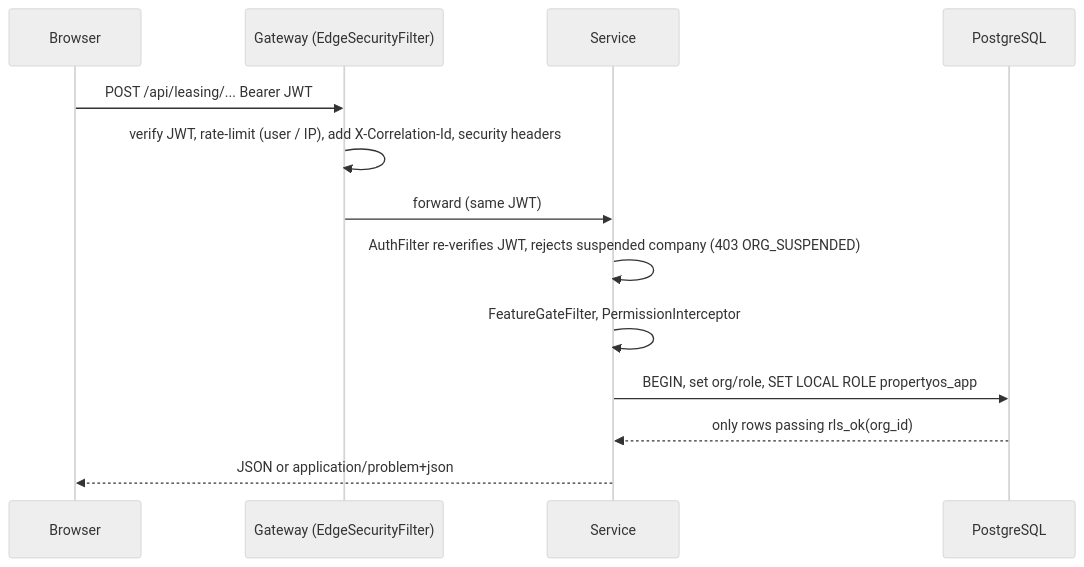
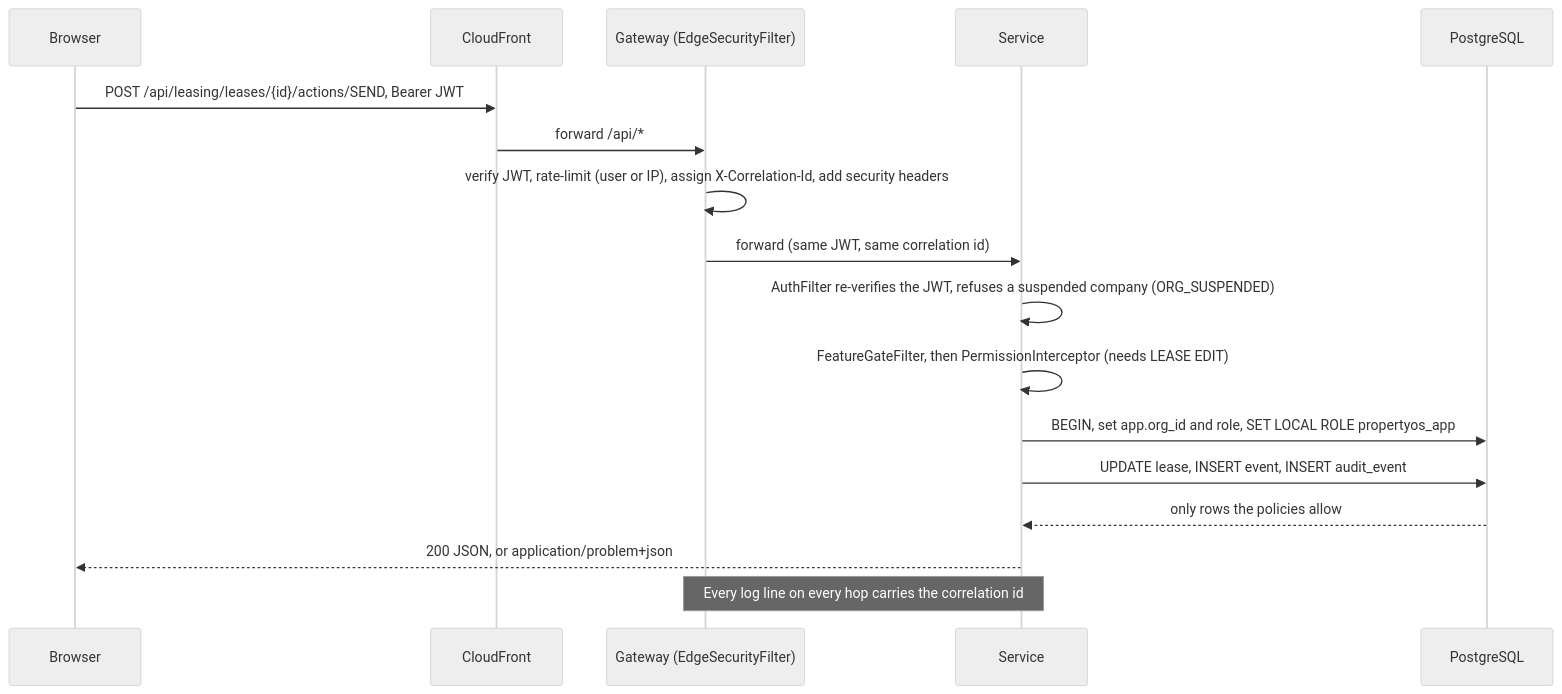
Before and after one commit to lucky1ravi/property: the second of 19 diagrams in docs/architecture/LLD.md, drawn with Mermaid (neutral theme). The commit also changed other lines of this file and 47 other files, not shown here.

````diff
--- a/docs/architecture/LLD.md
+++ b/docs/architecture/LLD.md
@@ -20,15 +28,19 @@
 ```mermaid
 sequenceDiagram
   participant B as Browser
+  participant CF as CloudFront
   participant G as Gateway (EdgeSecurityFilter)
   participant S as Service
   participant D as PostgreSQL
-  B->>G: POST /api/leasing/... Bearer JWT
-  G->>G: verify JWT, rate-limit (user / IP), add X-Correlation-Id, security headers
-  G->>S: forward (same JWT)
-  S->>S: AuthFilter re-verifies JWT, rejects suspended company (403 ORG_SUSPENDED)
-  S->>S: FeatureGateFilter, PermissionInterceptor
-  S->>D: BEGIN, set org/role, SET LOCAL ROLE propertyos_app
-  D-->>S: only rows passing rls_ok(org_id)
-  S-->>B: JSON or application/problem+json
+  B->>CF: POST /api/leasing/leases/{id}/actions/SEND, Bearer JWT
+  CF->>G: forward /api/*
+  G->>G: verify JWT, rate-limit (user or IP), assign X-Correlation-Id, add security headers
+  G->>S: forward (same JWT, same correlation id)
+  S->>S: AuthFilter re-verifies the JWT, refuses a suspended company (ORG_SUSPENDED)
+  S->>S: FeatureGateFilter, then PermissionInterceptor (needs LEASE EDIT)
+  S->>D: BEGIN, set app.org_id and role, SET LOCAL ROLE propertyos_app
+  S->>D: UPDATE lease, INSERT event, INSERT audit_event
+  D-->>S: only rows the policies allow
+  S-->>B: 200 JSON, or application/problem+json
+  Note over G,S: Every log line on every hop carries the correlation id
 ```
````
